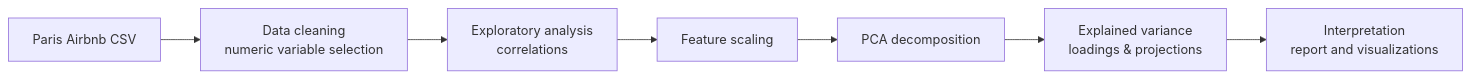
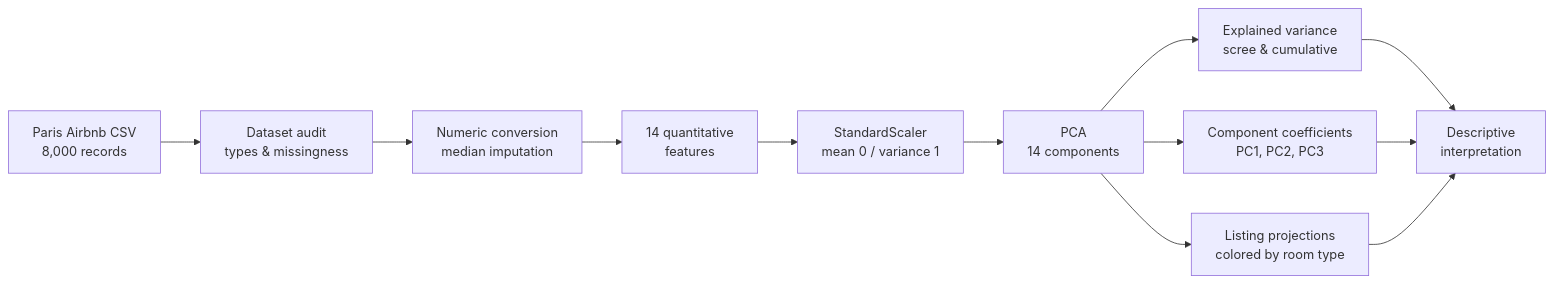
Before and after one commit to Edam-laa/Analyse-des-facteurs-influencant-les-prix-Airbnb-avec-ACP: the diagram in README.md, drawn with Mermaid. The commit also changed other lines of this file, not shown here.

Commit message:
Strengthen Paris Airbnb PCA README with verified notebook findings, interpretable axes and reproducibility caveats

````diff
--- a/README.md
+++ b/README.md
@@ -10,9 +29,14 @@
 ```mermaid
 flowchart LR
-    A["Paris Airbnb CSV"] --> B["Data cleaning<br/>numeric variable selection"]
-    B --> C["Exploratory analysis<br/>correlations"]
-    C --> D["Feature scaling"]
-    D --> E["PCA decomposition"]
-    E --> F["Explained variance<br/>loadings & projections"]
-    F --> G["Interpretation<br/>report and visualizations"]
+    CSV["Paris Airbnb CSV<br/>8,000 records"] --> AUDIT["Dataset audit<br/>types & missingness"]
+    AUDIT --> CLEAN["Numeric conversion<br/>median imputation"]
+    CLEAN --> SELECT["14 quantitative<br/>features"]
+    SELECT --> SCALE["StandardScaler<br/>mean 0 / variance 1"]
+    SCALE --> PCA["PCA<br/>14 components"]
+    PCA --> VAR["Explained variance<br/>scree & cumulative"]
+    PCA --> LOAD["Component coefficients<br/>PC1, PC2, PC3"]
+    PCA --> PROJ["Listing projections<br/>colored by room type"]
+    VAR --> INTERP["Descriptive<br/>interpretation"]
+    LOAD --> INTERP
+    PROJ --> INTERP
 ```
````
